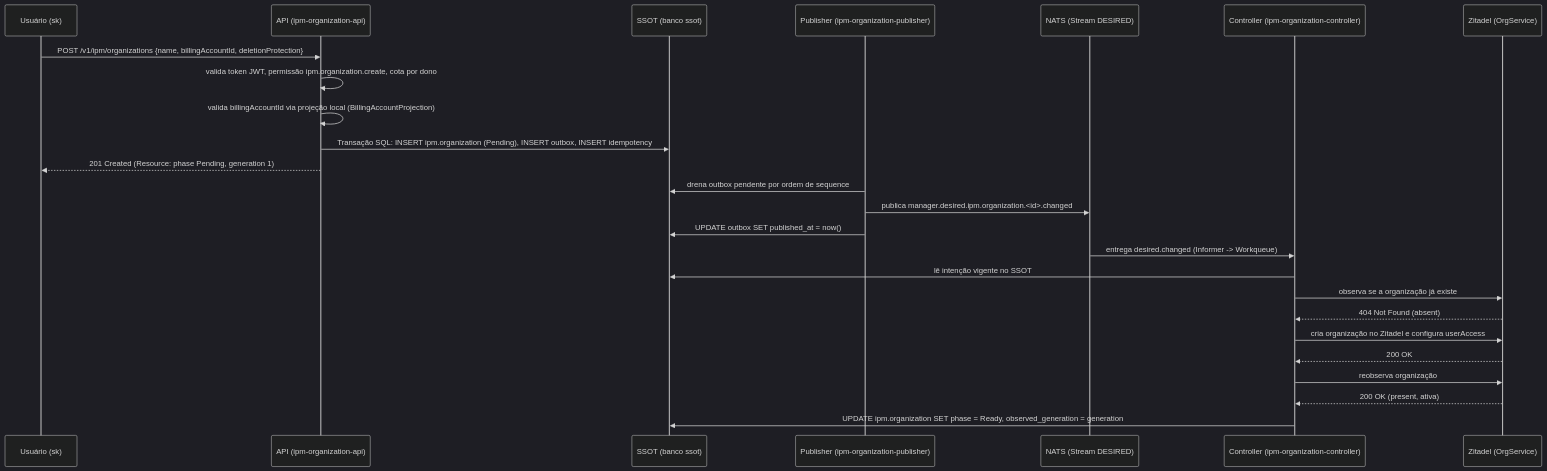
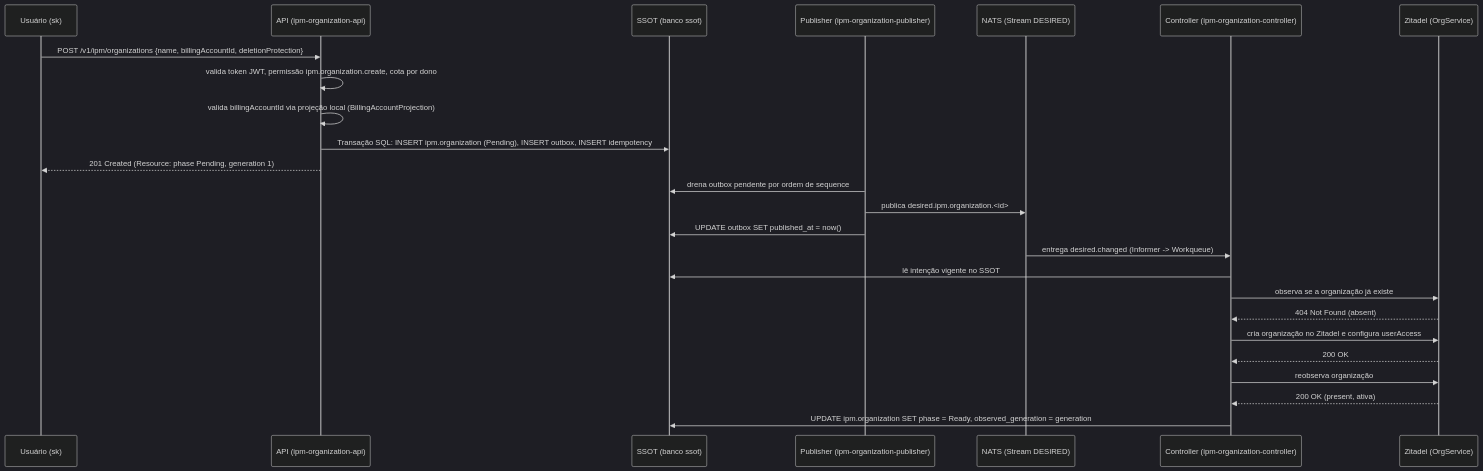
One commit to danielsabatini/smarkee changed the diagram in features/ipm/organization/docs/flow/01-criar-organization.mmd. Above: the diagram before and after it, drawn with Mermaid (dark theme). The commit also changed 81 other files, not shown here.

Commit message:
docs: alinhar documentações e diagramas aos subjects de 4 tokens do NATS

```diff
--- a/features/ipm/organization/docs/flow/01-criar-organization.mmd
+++ b/features/ipm/organization/docs/flow/01-criar-organization.mmd
@@ -1,26 +1,26 @@
 sequenceDiagram
   participant U as Usuário (sk)
   participant API as API (ipm-organization-api)
   participant DB as SSOT (banco ssot)
   participant P as Publisher (ipm-organization-publisher)
   participant NATS as NATS (Stream DESIRED)
   participant CTRL as Controller (ipm-organization-controller)
   participant ZIT as Zitadel (OrgService)
 
   U->>API: POST /v1/ipm/organizations {name, billingAccountId, deletionProtection}
   API->>API: valida token JWT, permissão ipm.organization.create, cota por dono
   API->>API: valida billingAccountId via projeção local (BillingAccountProjection)
   API->>DB: Transação SQL: INSERT ipm.organization (Pending), INSERT outbox, INSERT idempotency
   API-->>U: 201 Created (Resource: phase Pending, generation 1)
   P->>DB: drena outbox pendente por ordem de sequence
-  P->>NATS: publica manager.desired.ipm.organization.<id>.changed
+  P->>NATS: publica desired.ipm.organization.<id>
   P->>DB: UPDATE outbox SET published_at = now()
   NATS->>CTRL: entrega desired.changed (Informer -> Workqueue)
   CTRL->>DB: lê intenção vigente no SSOT
   CTRL->>ZIT: observa se a organização já existe
   ZIT-->>CTRL: 404 Not Found (absent)
   CTRL->>ZIT: cria organização no Zitadel e configura userAccess
   ZIT-->>CTRL: 200 OK
   CTRL->>ZIT: reobserva organização
   ZIT-->>CTRL: 200 OK (present, ativa)
   CTRL->>DB: UPDATE ipm.organization SET phase = Ready, observed_generation = generation
```
